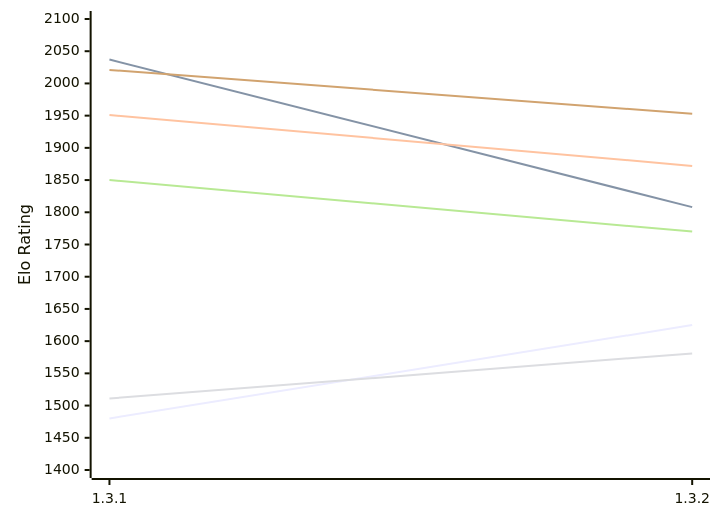
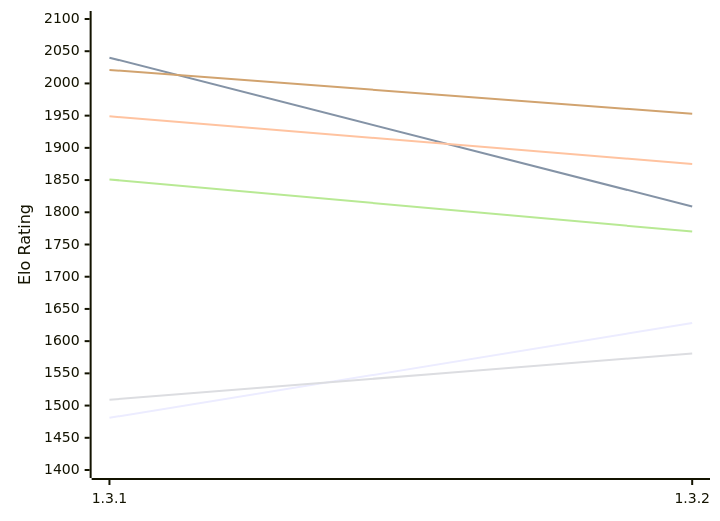
One commit to computer-chess-index/cci changed the first of 2 diagrams in engines/Zugblitz.md. Above: the diagram before and after it, drawn with Mermaid. The commit also changed other lines of this file, not shown here.

Commit message:
Update CCI Ratings (ELO VLTC) - 2026-11-22

````diff
--- a/engines/Zugblitz.md
+++ b/engines/Zugblitz.md
@@ -50,12 +50,12 @@
 ```mermaid
 %%{init: {"theme":"base","themeVariables":{"seriesColors:['#a3a3a3','#222221','#faa371']}}}%%
 xychart-beta
   x-axis ["1.3.1", "1.3.2"]
   y-axis "Elo Rating" 1400 --> 2100
-  line "E1: STC (8.0+0.08s)" [1480, 1625]
-  line "E1: LTC (60.0+0.60s)" [2037, 1808]
-  line "E1: VLTC (2m24s+1.12s)" [1951, 1872]
-  line "P1: STC (8.0+0.08s)" [1511, 1581]
-  line "P1: LTC (60.0+0.60s)" [1850, 1770]
+  line "E1: STC (8.0+0.08s)" [1481, 1628]
+  line "E1: LTC (60.0+0.60s)" [2040, 1809]
+  line "E1: VLTC (2m24s+1.12s)" [1949, 1875]
+  line "P1: STC (8.0+0.08s)" [1509, 1581]
+  line "P1: LTC (60.0+0.60s)" [1851, 1770]
   line "P1: VLTC (2m24s+1.12s)" [2021, 1953]
 ```
````
